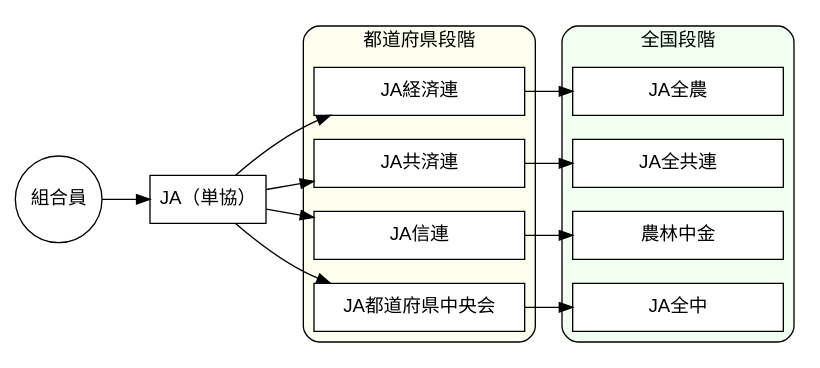
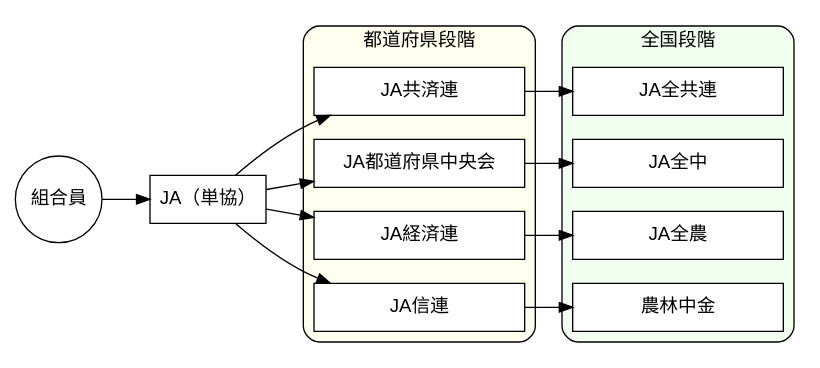
The diagram in Graphviz/Systematic_organization_of_ja1.gv (takeshinishimura/Cooperative), drawn with Graphviz before and after one commit. The commit also changed 31 other files, not shown here.

```diff
--- a/Graphviz/Systematic_organization_of_ja1.gv
+++ b/Graphviz/Systematic_organization_of_ja1.gv
@@ -1,34 +1,36 @@
-digraph ja1 {
+digraph ja {
   graph [rankdir = LR]
   node [fontname = Helvetica,
     shape = box,
     fixedsize = false,
     style = filled,
     fillcolor = white]
   組合員 [shape = circle, width = 0.9]
   JA（単協）
   node [width = 2.2]
   JA経済連; JA共済連; JA信連; JA都道府県中央会; JA全農; JA全共連; 農林中金; JA全中
 
   edge []
   組合員 -> JA（単協）
   JA（単協） -> JA経済連 -> JA全農
   JA（単協） -> JA共済連 -> JA全共連
   JA（単協） -> JA信連 -> 農林中金
   JA（単協） -> JA都道府県中央会 -> JA全中
 
   subgraph cluster1 {
     label = "都道府県段階"
     fontname = Helvetica
     bgcolor = ivory
     style = rounded
+    JA信連 -> JA経済連 -> JA都道府県中央会 [style=invis, constraint=true]
     {rank = same; JA経済連; JA共済連; JA信連; JA都道府県中央会}
   }
   subgraph cluster0 {
     label = "全国段階"
     fontname = Helvetica
     bgcolor = honeydew
     style = rounded
+    農林中金 -> JA全農 -> JA全中 -> JA共済連 [style=invis, constraint=false]
     {rank = same; JA全農; JA全共連; 農林中金; JA全中}
   }
 }
```
